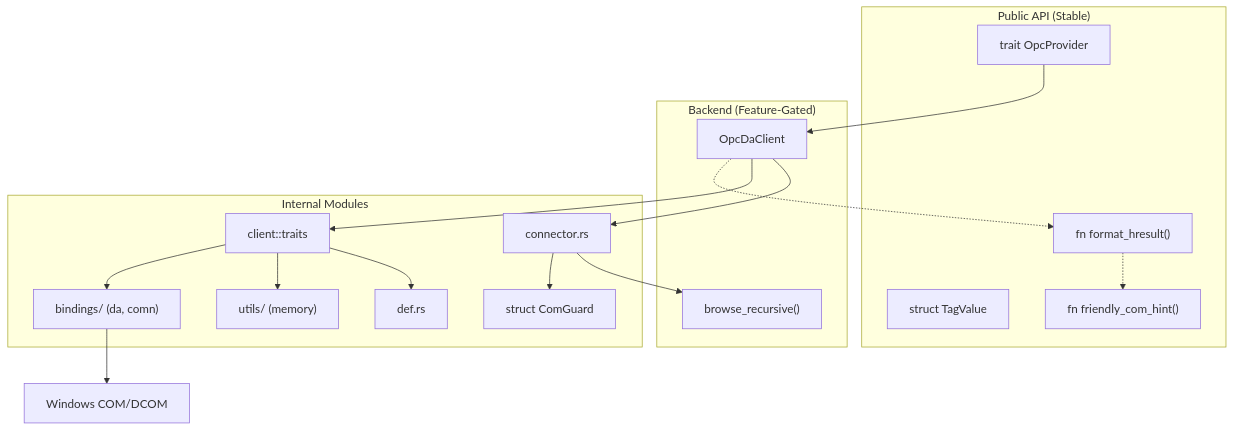
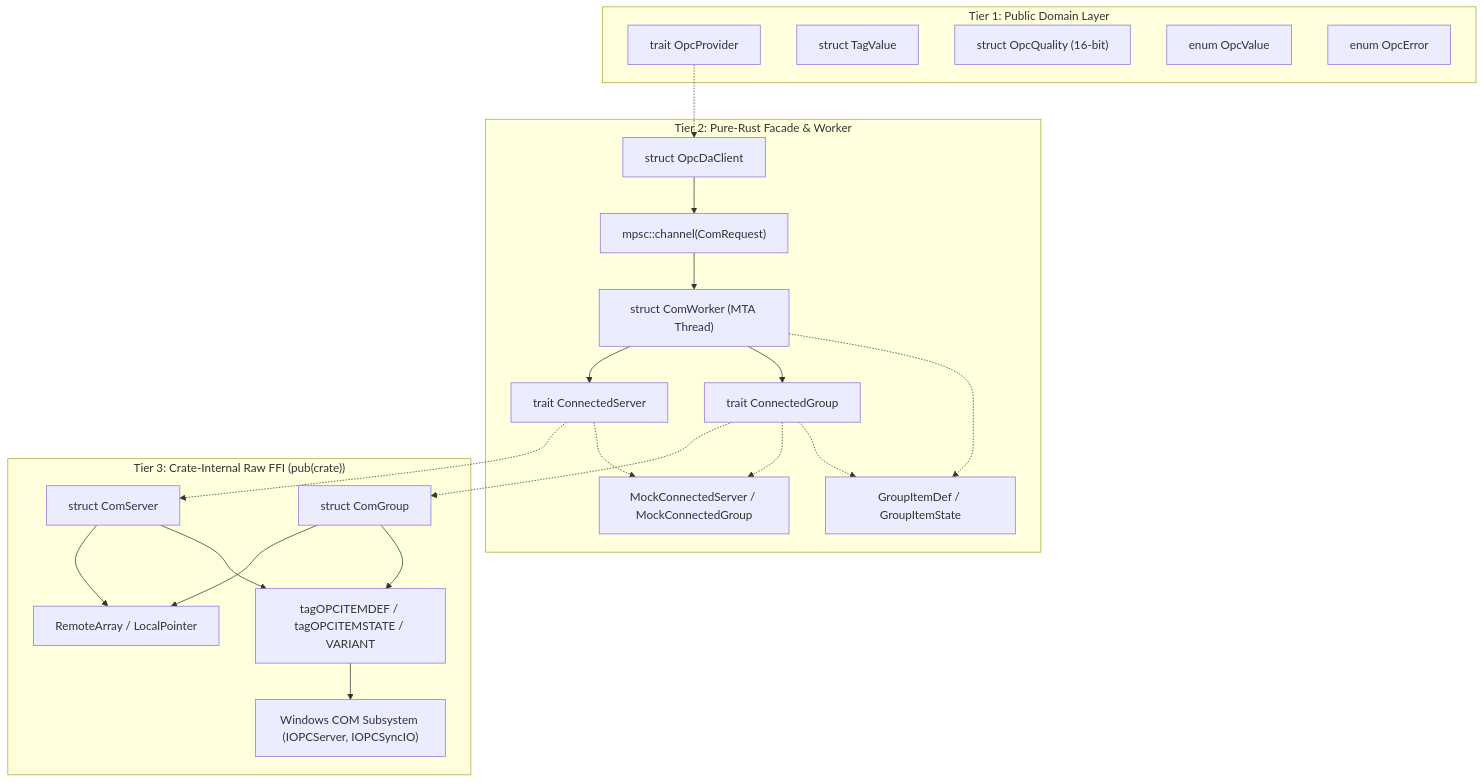
One commit to wends155/opc-cli changed the first of 3 diagrams in opc-da-client/architecture.md. Above: the diagram before and after it, drawn with Mermaid. The commit also changed other lines of this file and 1 other file, not shown here.

Commit message:
docs(architecture): synchronize opc-da-client architecture with standards and pure-Rust facade

````diff
--- a/opc-da-client/architecture.md
+++ b/opc-da-client/architecture.md
@@ -173,34 +270,46 @@
 ```mermaid
 graph TD
-    subgraph "Public API (Stable)"
-        Trait["trait OpcProvider"]
+    subgraph PublicDomain ["Tier 1: Public Domain Layer"]
+        ProviderTrait["trait OpcProvider"]
         TagValue["struct TagValue"]
-        Hint["fn friendly_com_hint()"]
-        FmtHR["fn format_hresult()"]
+        OpcQuality["struct OpcQuality (16-bit)"]
+        OpcValue["enum OpcValue"]
+        OpcError["enum OpcError"]
     end
 
-    subgraph "Backend (Feature-Gated)"
-        Wrapper["OpcDaClient"]
-        Browse["browse_recursive()"]
+    subgraph FacadeWorker ["Tier 2: Pure-Rust Facade & Worker"]
+        Client["struct OpcDaClient"]
+        Worker["struct ComWorker (MTA Thread)"]
+        ReqChan["mpsc::channel(ComRequest)"]
+        ConnServerTrait["trait ConnectedServer"]
+        ConnGroupTrait["trait ConnectedGroup"]
+        PureDTOs["GroupItemDef / GroupItemState"]
+        Mocks["MockConnectedServer / MockConnectedGroup"]
     end
 
-    subgraph "Internal Modules"
-        Guard["struct ComGuard"]
-        ClientTraits["client::traits"]
-        Defs["def.rs"]
-        Utils["utils/ (memory)"]
-        Bindings["bindings/ (da, comn)"]
-        Connector["connector.rs"]
+    subgraph RawFFI ["Tier 3: Crate-Internal Raw FFI (pub(crate))"]
+        ComServer["struct ComServer"]
+        ComGroup["struct ComGroup"]
+        RawMemory["RemoteArray / LocalPointer"]
+        RawBindings["tagOPCITEMDEF / tagOPCITEMSTATE / VARIANT"]
+        WinCOM["Windows COM Subsystem (IOPCServer, IOPCSyncIO)"]
     end
 
-    Trait --> Wrapper
-    Wrapper --> Connector
-    Connector --> Browse
-    Connector --> Guard
-    Wrapper --> ClientTraits
-    ClientTraits --> Defs & Utils
-    ClientTraits --> Bindings
-    Bindings --> WinCOM["Windows COM/DCOM"]
-    Wrapper -.-> FmtHR
-    FmtHR -.-> Hint
+    ProviderTrait -.-> Client
+    Client --> ReqChan
+    ReqChan --> Worker
+    Worker --> ConnServerTrait
+    Worker --> ConnGroupTrait
+    ConnServerTrait -.-> ComServer
+    ConnGroupTrait -.-> ComGroup
+    ConnServerTrait -.-> Mocks
+    ConnGroupTrait -.-> Mocks
+    ComServer --> RawMemory
+    ComGroup --> RawMemory
+    ComServer --> RawBindings
+    ComGroup --> RawBindings
+    RawBindings --> WinCOM
+
+    Worker -.-> PureDTOs
+    ConnGroupTrait -.-> PureDTOs
 ```
````
